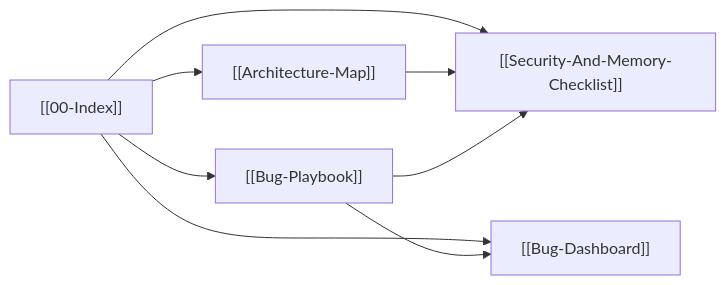
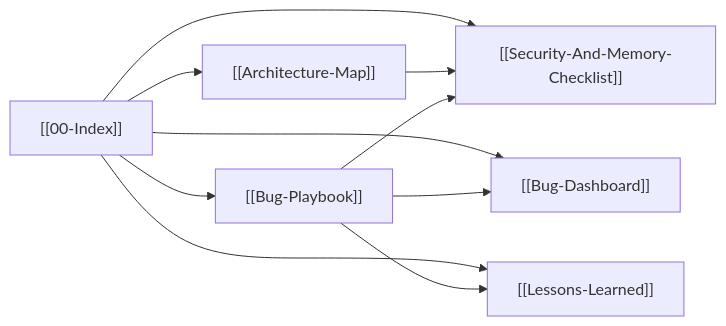
Before and after one commit to srayuth202510-byte/zigpodza: the diagram in docs/vault/00-Index.md, drawn with Mermaid. The commit also changed other lines of this file and 7 other files, not shown here.

````diff
--- a/docs/vault/00-Index.md
+++ b/docs/vault/00-Index.md
@@ -19,10 +19,12 @@
 ```mermaid
 flowchart LR
     MOC["[[00-Index]]"] --> ARCH["[[Architecture-Map]]"]
     MOC --> BUGS["[[Bug-Playbook]]"]
     MOC --> SEC["[[Security-And-Memory-Checklist]]"]
     MOC --> DASH["[[Bug-Dashboard]]"]
+    MOC --> LESSONS["[[Lessons-Learned]]"]
     ARCH --> SEC
     BUGS --> SEC
     BUGS --> DASH
+    BUGS --> LESSONS
 ```
````
